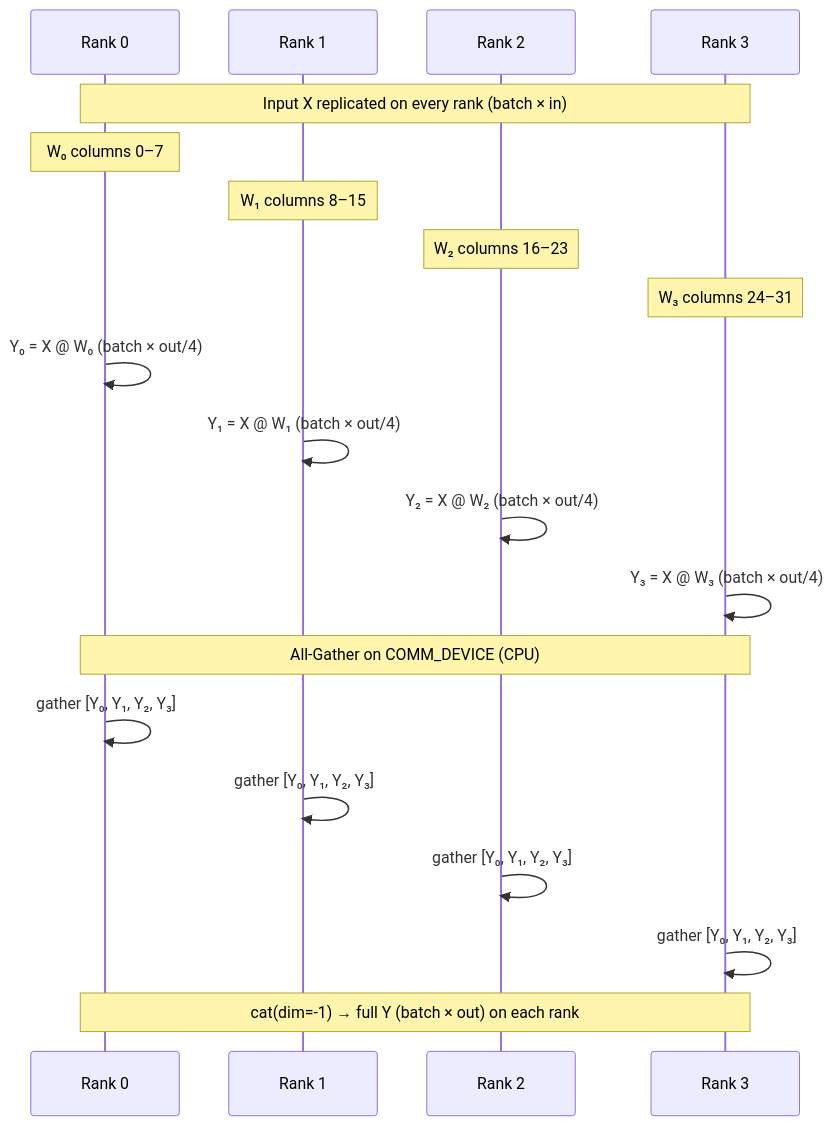
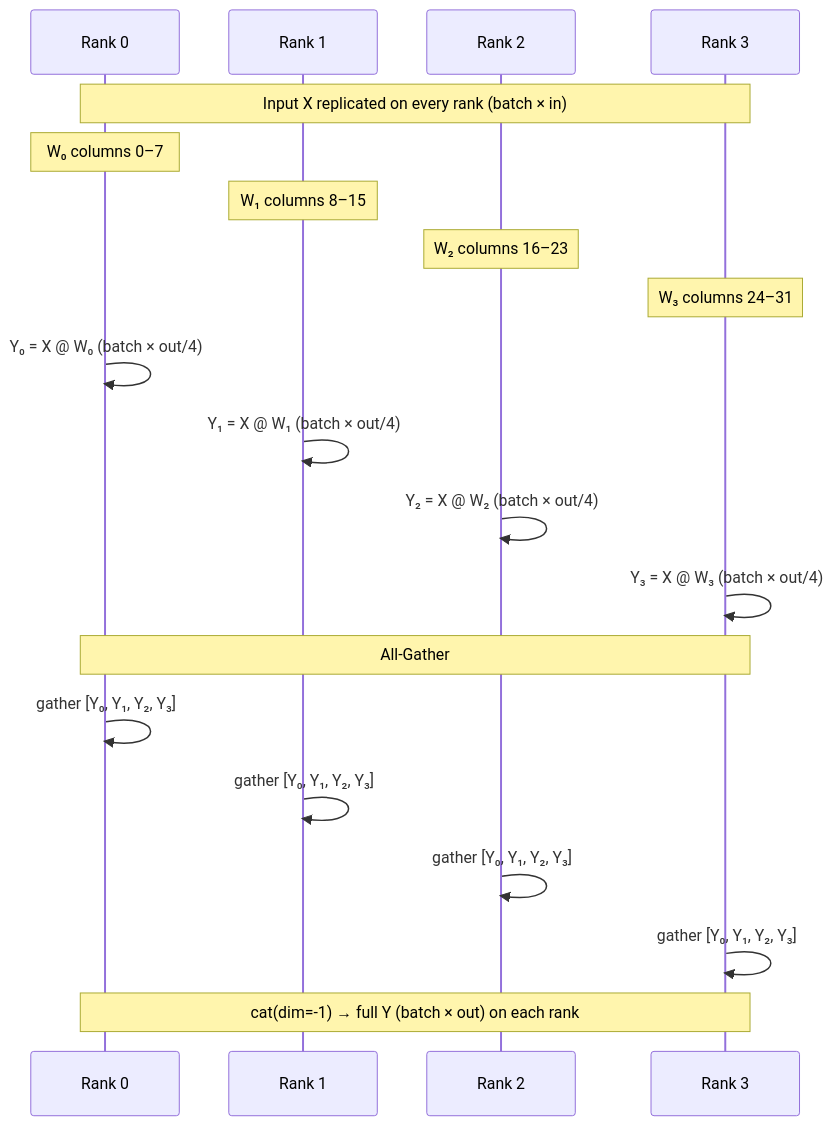
Before and after one commit to duoan/micro-trainer: the diagram in 2_tensor_parallel/1_column_parallel.md, drawn with Mermaid. The commit also changed other lines of this file and 43 other files, not shown here.

````diff
--- a/2_tensor_parallel/1_column_parallel.md
+++ b/2_tensor_parallel/1_column_parallel.md
@@ -33,26 +33,26 @@
 ```mermaid
 sequenceDiagram
     participant R0 as Rank 0
     participant R1 as Rank 1
     participant R2 as Rank 2
     participant R3 as Rank 3
 
     Note over R0,R3: Input X replicated on every rank (batch × in)
     Note over R0: W₀ columns 0–7
     Note over R1: W₁ columns 8–15
     Note over R2: W₂ columns 16–23
     Note over R3: W₃ columns 24–31
 
     R0->>R0: Y₀ = X @ W₀  (batch × out/4)
     R1->>R1: Y₁ = X @ W₁  (batch × out/4)
     R2->>R2: Y₂ = X @ W₂  (batch × out/4)
     R3->>R3: Y₃ = X @ W₃  (batch × out/4)
 
-    Note over R0,R3: All-Gather on COMM_DEVICE (CPU)
+    Note over R0,R3: All-Gather
     R0->>R0: gather [Y₀, Y₁, Y₂, Y₃]
     R1->>R1: gather [Y₀, Y₁, Y₂, Y₃]
     R2->>R2: gather [Y₀, Y₁, Y₂, Y₃]
     R3->>R3: gather [Y₀, Y₁, Y₂, Y₃]
 
     Note over R0,R3: cat(dim=-1) → full Y (batch × out) on each rank
 ```
````
